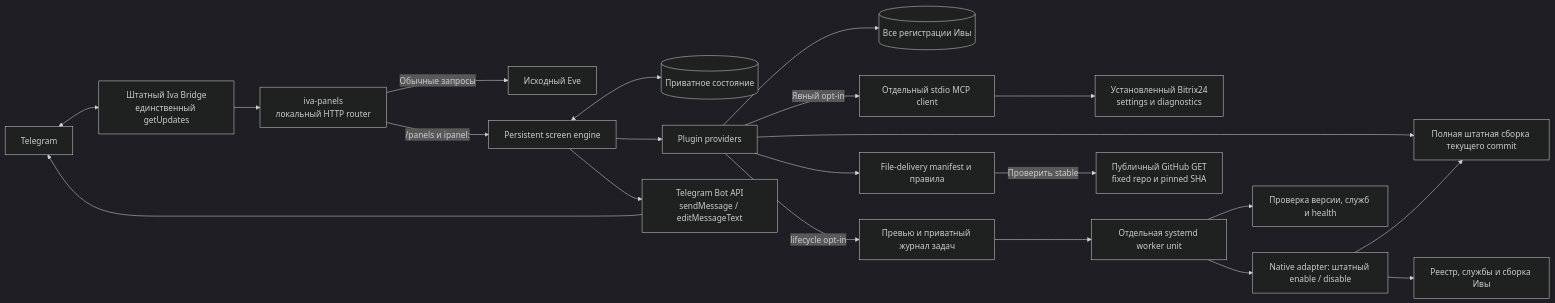
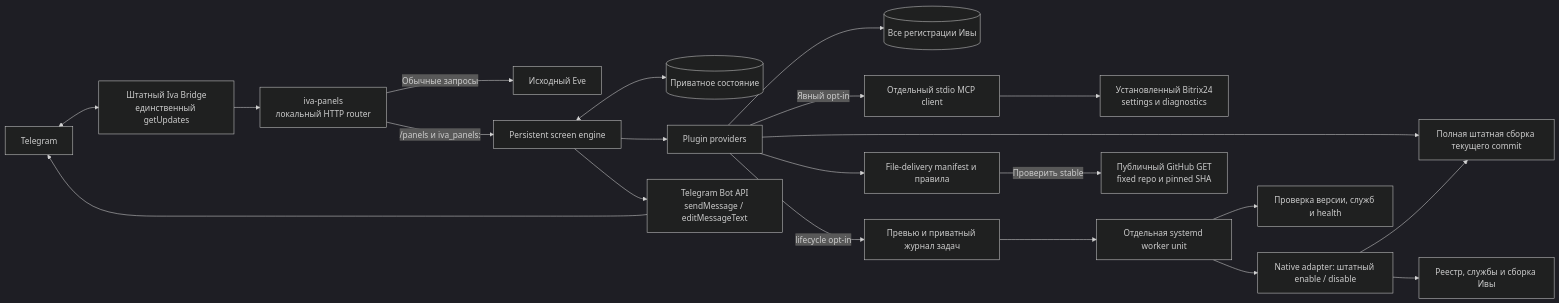
Before and after one commit to mamysh/iva-panels: the first of 2 diagrams in docs/ARCHITECTURE.md, drawn with Mermaid (dark theme). The commit also changed other lines of this file and 38 other files, not shown here.

````diff
--- a/docs/ARCHITECTURE.md
+++ b/docs/ARCHITECTURE.md
@@ -5,29 +5,29 @@
 ```mermaid
 flowchart LR
     T[Telegram] <--> B[Штатный Iva Bridge
 единственный getUpdates]
     B --> R[iva-panels
 локальный HTTP router]
     R -->|Обычные запросы| E[Исходный Eve]
-    R -->|/panels и ipanel:| S[Persistent screen engine]
+    R -->|/panels и iva_panels:| S[Persistent screen engine]
     S <--> D[(Приватное состояние)]
     S --> P[Plugin providers]
     P --> I[(Все регистрации Ивы)]
     P --> V[Validated panels.json v1
 информационные страницы]
     P -->|Явный opt-in| C[Отдельный stdio MCP client]
     C --> X[Установленный Bitrix24
 settings и diagnostics]
     P -->|lifecycle opt-in| L[Превью и приватный журнал задач]
     L --> W[Отдельная systemd worker unit]
     W --> N[Native adapter: штатный enable / disable]
     N --> V[Полная штатная сборка текущего commit]
     N --> U[Реестр, службы и сборка Ивы]
     W --> H[Проверка версии, служб и health]
     P --> F[File-delivery manifest и правила]
     F -->|Проверить stable| G[Публичный GitHub GET
 fixed repo и pinned SHA]
     S --> A[Telegram Bot API
 sendMessage / editMessageText]
     A --> T
 ```
````
